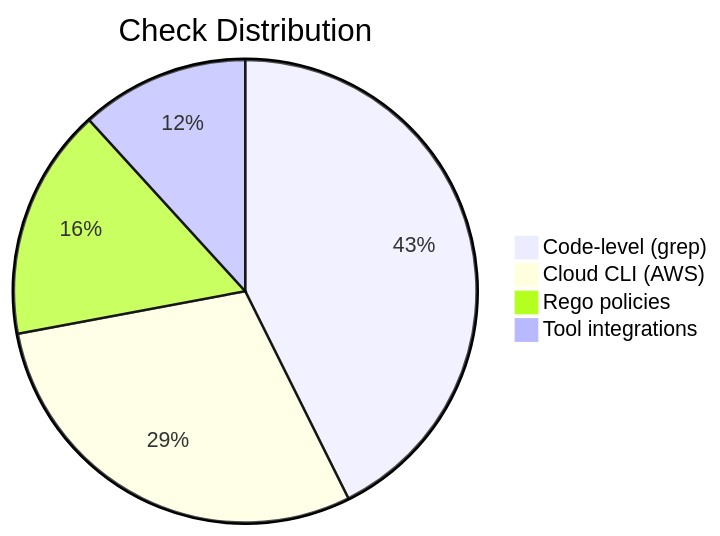
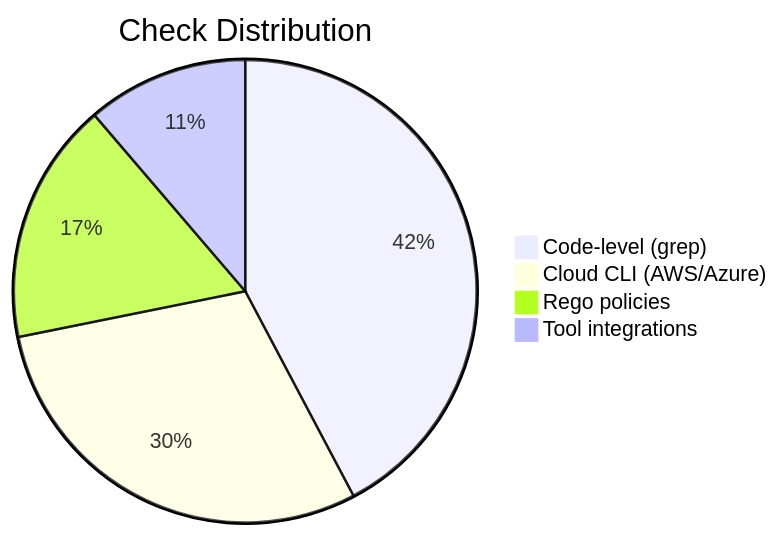
One commit to aanishs/em-dash changed the fourth of 5 diagrams in README.md. Above: the diagram before and after it, drawn with Mermaid. The commit also changed other lines of this file and 21 other files, not shown here.

````diff
--- a/README.md
+++ b/README.md
@@ -205,7 +202,7 @@
 ```mermaid
 pie title Check Distribution
-    "Code-level (grep)" : 29
-    "Cloud CLI (AWS)" : 20
-    "Rego policies" : 11
+    "Code-level (grep)" : 30
+    "Cloud CLI (AWS/Azure)" : 21
+    "Rego policies" : 12
     "Tool integrations" : 8
 ```
````
